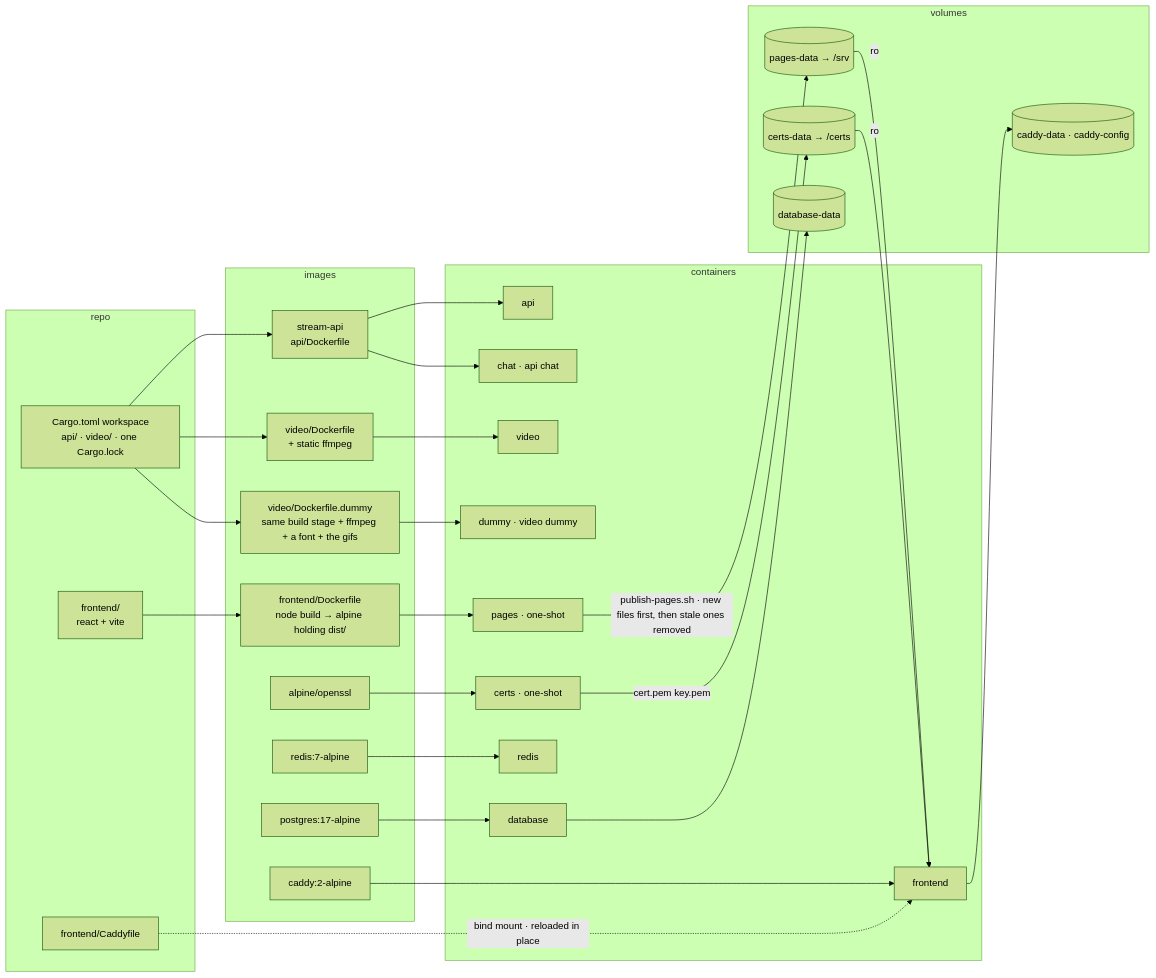
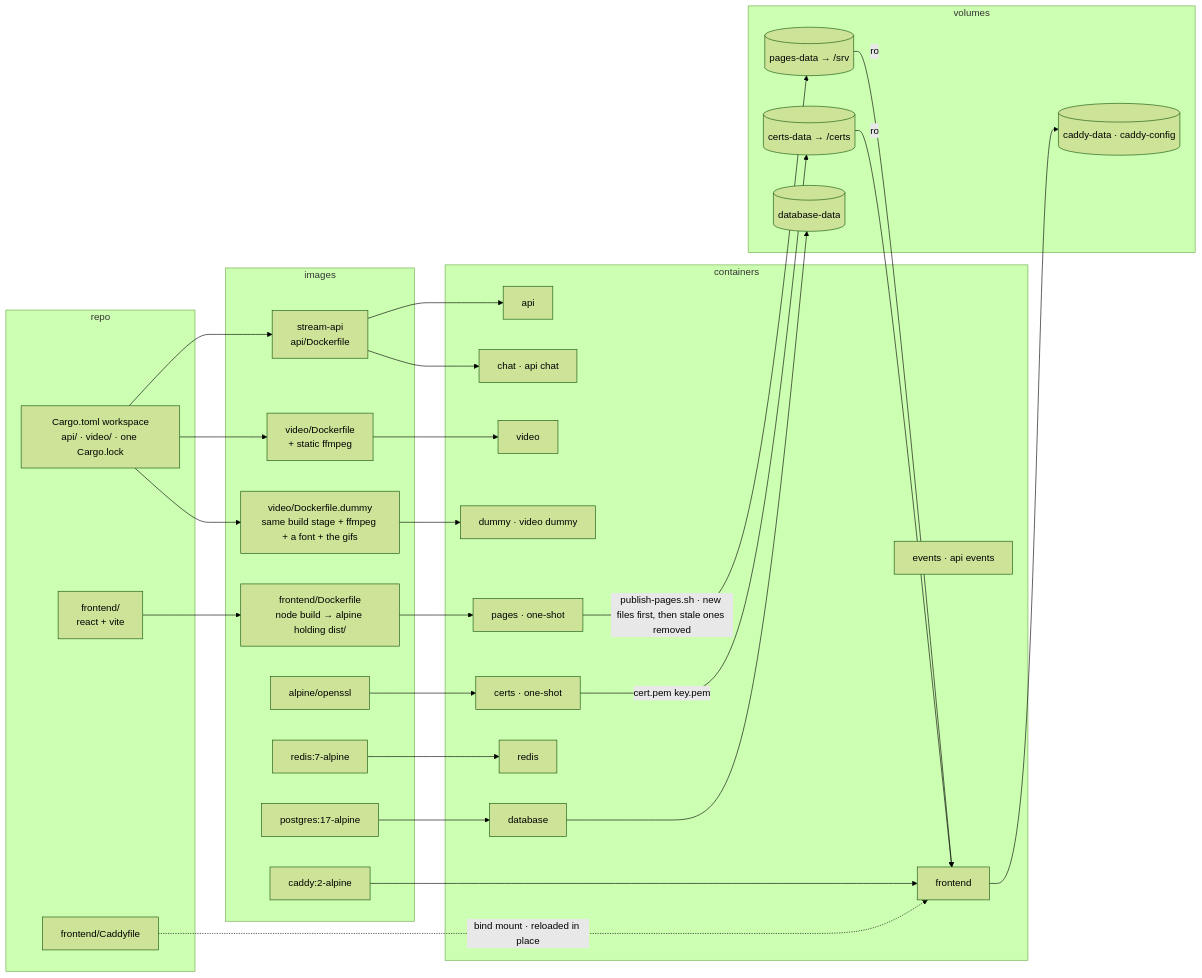
Before and after one commit to ZeroNerodaHero/slop-stream-architecture: the seventh of 10 diagrams in docs/architecture-picture.md, drawn with Mermaid (forest theme). The commit also changed other lines of this file and 13 other files, not shown here.

````diff
--- a/docs/architecture-picture.md
+++ b/docs/architecture-picture.md
@@ -220,54 +225,55 @@
 ```mermaid
 flowchart LR
   subgraph src["repo"]
     cargo["Cargo.toml workspace<br/>api/ · video/ · one Cargo.lock"]
     fe["frontend/<br/>react + vite"]
     caddyfile["frontend/Caddyfile"]
   end
 
   subgraph images["images"]
     apiimg["stream-api<br/>api/Dockerfile"]
     videoimg["video/Dockerfile<br/>+ static ffmpeg"]
     dummyimg["video/Dockerfile.dummy<br/>same build stage + ffmpeg + a font + the gifs"]
     pagesimg["frontend/Dockerfile<br/>node build → alpine holding dist/"]
     caddyimg["caddy:2-alpine"]
     pgimg["postgres:17-alpine"]
     redisimg["redis:7-alpine"]
     osslimg["alpine/openssl"]
   end
 
   subgraph containers["containers"]
     api["api"]
     chat["chat · api chat"]
+    events["events · api events"]
     video["video"]
     dummy["dummy · video dummy"]
     pages["pages · one-shot"]
     frontend["frontend"]
     database["database"]
     redis["redis"]
     certs["certs · one-shot"]
   end
 
   subgraph vols["volumes"]
     pagesdata[("pages-data → /srv")]
     certsdata[("certs-data → /certs")]
     dbdata[("database-data")]
     caddydata[("caddy-data · caddy-config")]
   end
 
   cargo --> apiimg --> api
   apiimg --> chat
   cargo --> videoimg --> video
   cargo --> dummyimg --> dummy
   fe --> pagesimg --> pages
   caddyimg --> frontend
   pgimg --> database
   redisimg --> redis
   osslimg --> certs
 
   pages -->|"publish-pages.sh · new files first, then stale ones removed"| pagesdata -->|"ro"| frontend
   certs -->|"cert.pem key.pem"| certsdata -->|"ro"| frontend
   caddyfile -.->|"bind mount · reloaded in place"| frontend
   database --> dbdata
   frontend --> caddydata
 ```
````
